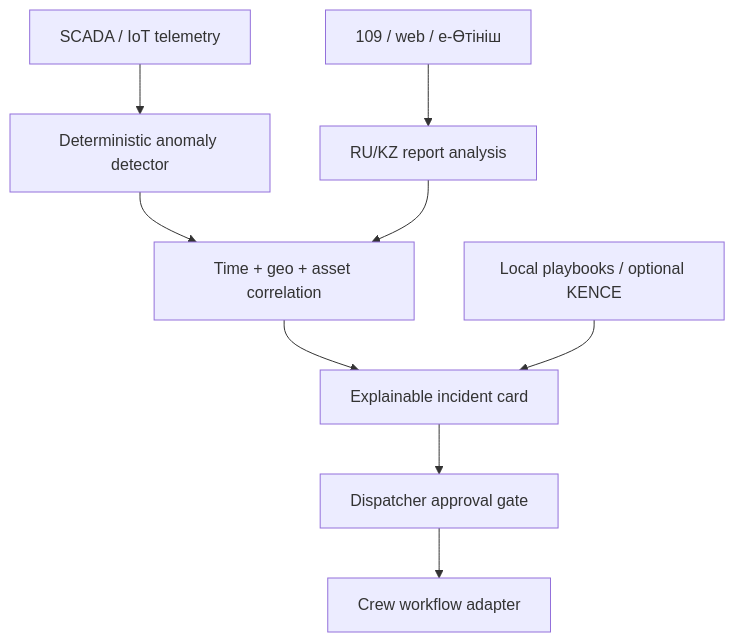
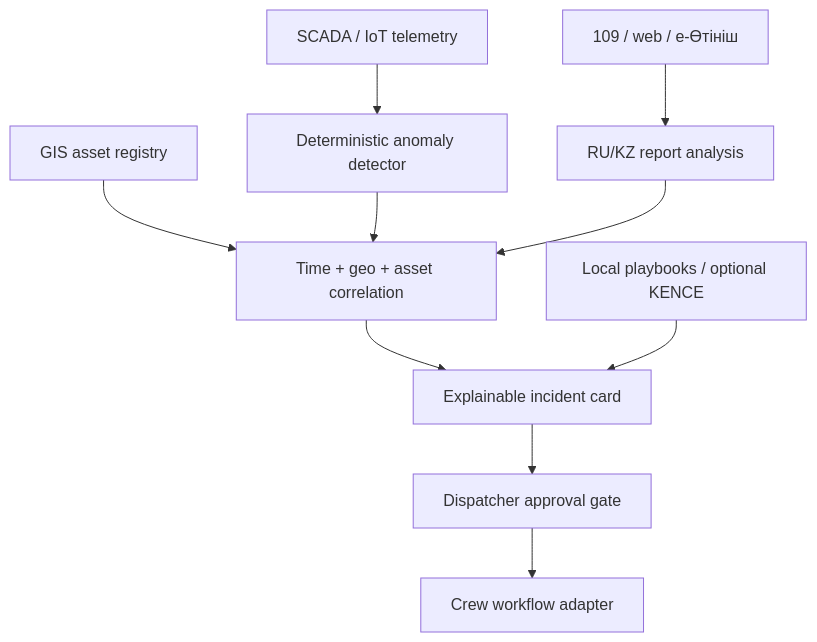
Before and after one commit to adilusrr-gif/INFRA-SIGNAL: the diagram in docs/ARCHITECTURE.md, drawn with Mermaid. The commit also changed other lines of this file and 20 other files, not shown here.

````diff
--- a/docs/ARCHITECTURE.md
+++ b/docs/ARCHITECTURE.md
@@ -5,11 +5,12 @@
 ```mermaid
 flowchart TD
     S["SCADA / IoT telemetry"] --> A["Deterministic anomaly detector"]
+    G["GIS asset registry"] --> C
     R["109 / web / e-Өтініш"] --> L["RU/KZ report analysis"]
     A --> C["Time + geo + asset correlation"]
     L --> C
     C --> I["Explainable incident card"]
     P["Local playbooks / optional KENCE"] --> I
     I --> H["Dispatcher approval gate"]
     H --> W["Crew workflow adapter"]
 ```
````
